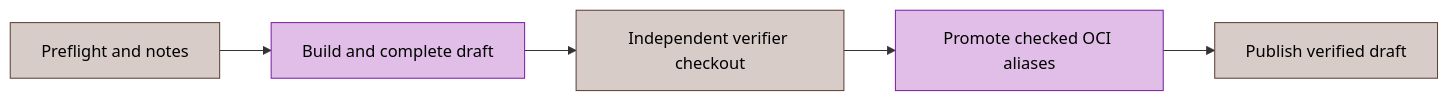
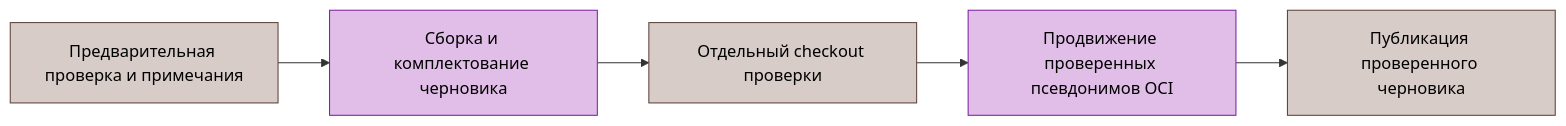
The diagram in docs/ru/reference/automation.md (dantte-lp/gobfd), drawn with Mermaid before and after one commit. The commit also changed other lines of this file and 95 other files, not shown here.

````diff
--- a/docs/ru/reference/automation.md
+++ b/docs/ru/reference/automation.md
@@ -34,9 +36,11 @@
 ```mermaid
 flowchart LR
-    identity["Preflight and notes"]:::mgt --> build["Build and complete draft"]:::srv
-    build --> verify["Independent verifier checkout"]:::mgt
-    verify --> aliases["Promote checked OCI aliases"]:::srv
-    aliases --> publish["Publish verified draft"]:::mgt
+  accTitle: Проверка и публикация выпуска
+  accDescr: Независимая проверка предшествует продвижению псевдонимов и завершающей публикации черновика.
+    identity["Предварительная проверка и примечания"]:::mgt --> build["Сборка и комплектование черновика"]:::srv
+    build --> verify["Отдельный checkout проверки"]:::mgt
+    verify --> aliases["Продвижение проверенных псевдонимов OCI"]:::srv
+    aliases --> publish["Публикация проверенного черновика"]:::mgt
     classDef srv fill:#e1bee7,stroke:#7b1fa2,color:#000
     classDef mgt fill:#d7ccc8,stroke:#5d4037,color:#000
 ```
````
